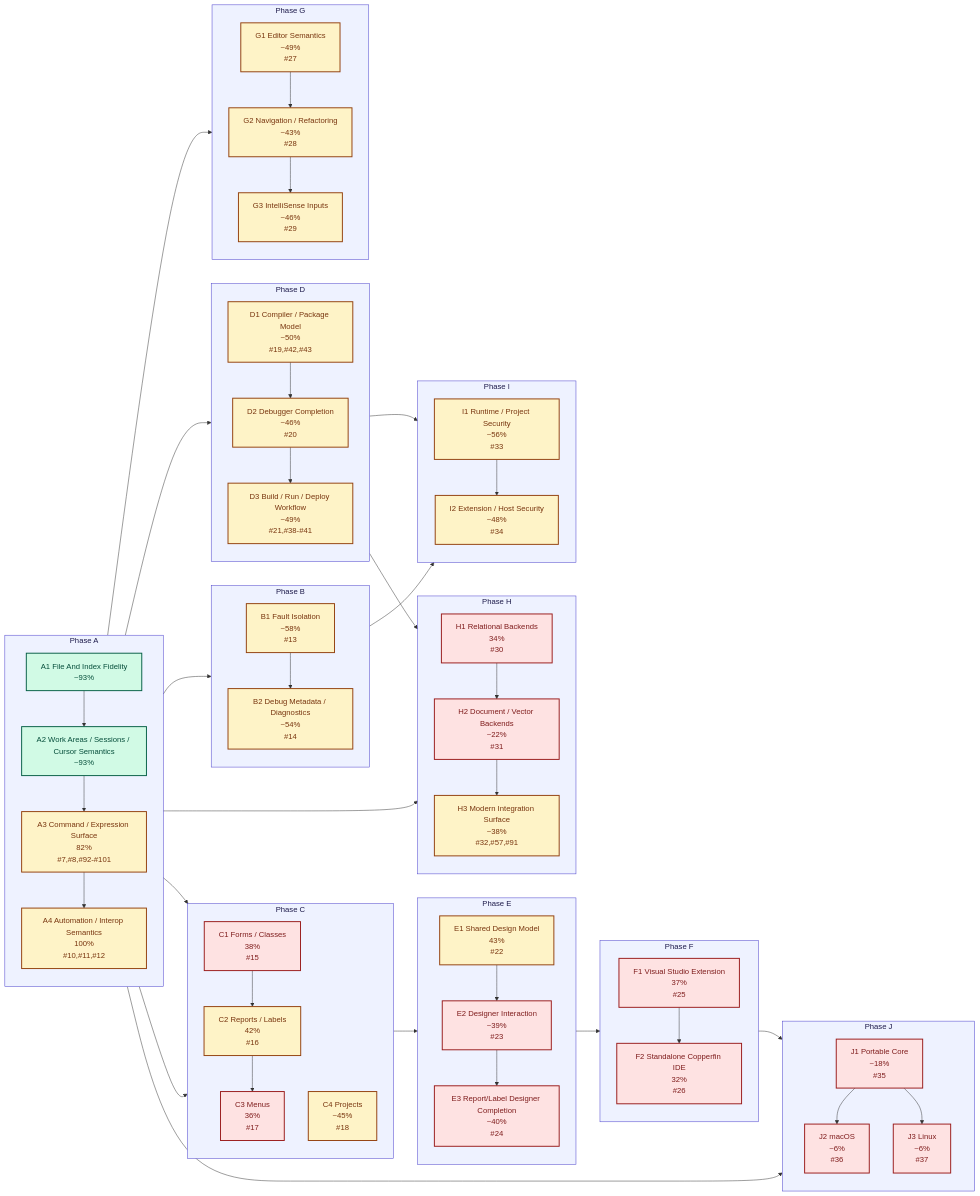
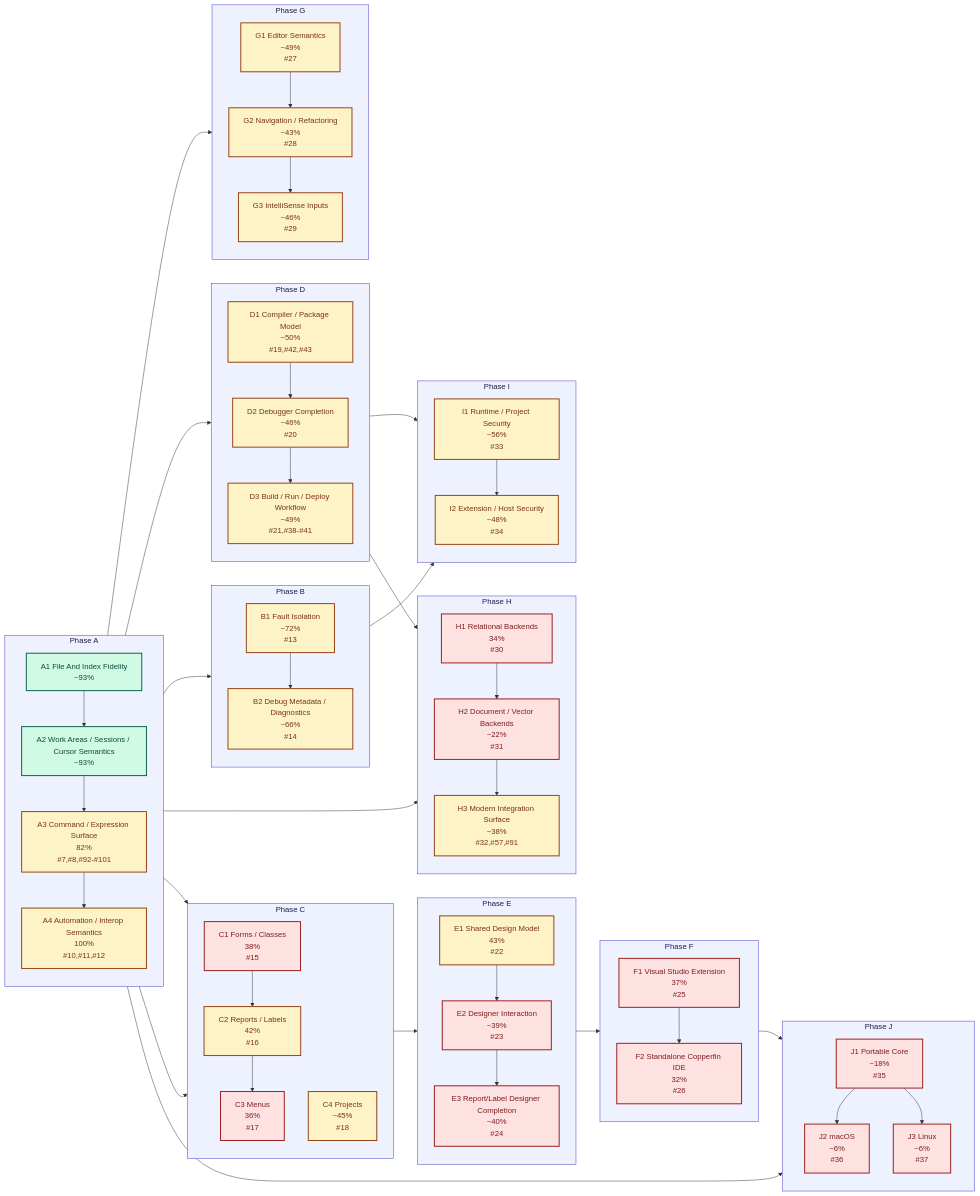
One commit to rhamenator/Project-Copperfin changed the second of 2 diagrams in remaining-work.md. Above: the diagram before and after it, drawn with Mermaid. The commit also changed other lines of this file and 6 other files, not shown here.

Commit message:
Tighten runtime fault pause metadata

```diff
--- a/remaining-work.md
+++ b/remaining-work.md
@@ -217,8 +218,8 @@
 
     subgraph SB[Phase B]
         direction TB
-        SB1["B1 Fault Isolation<br/>~58%<br/>#13"]
-        SB2["B2 Debug Metadata / Diagnostics<br/>~54%<br/>#14"]
+        SB1["B1 Fault Isolation<br/>~72%<br/>#13"]
+        SB2["B2 Debug Metadata / Diagnostics<br/>~66%<br/>#14"]
     end
 
     subgraph SC[Phase C]
```
